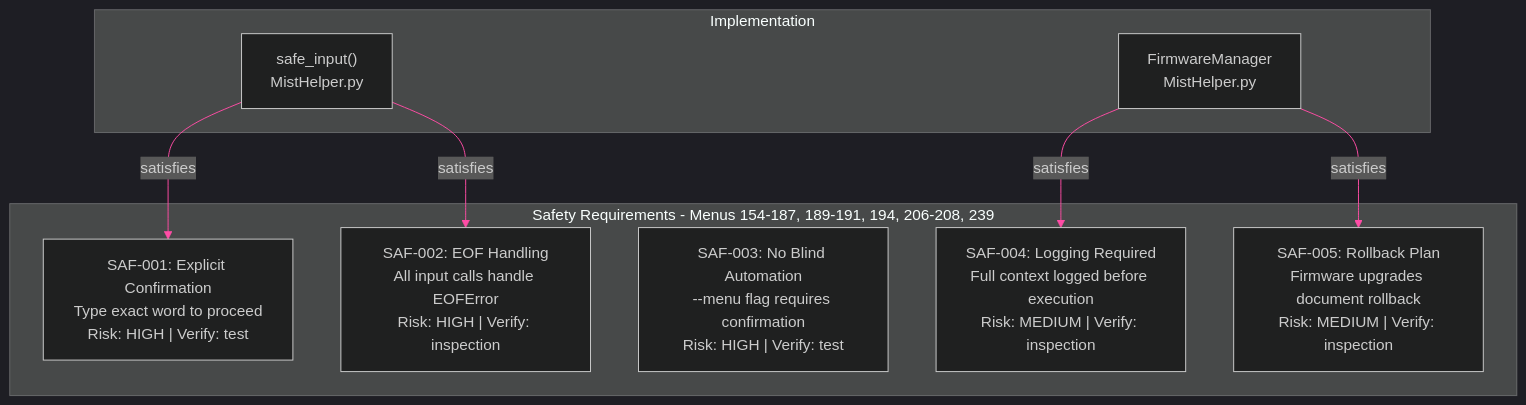
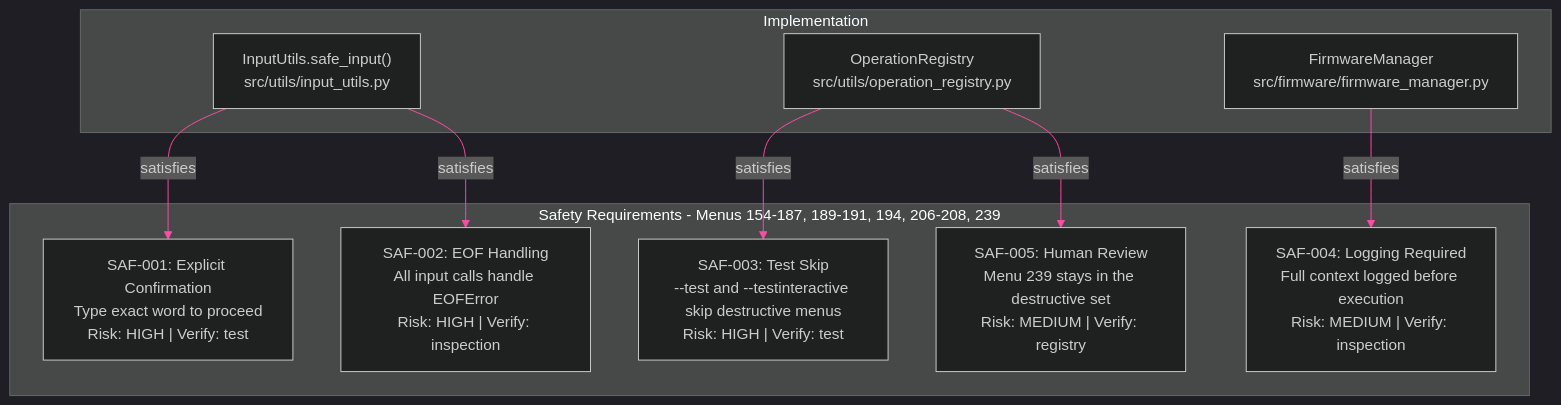
One commit to jmorrison-juniper/MistHelper changed the third of 3 diagrams in documentation/diagrams/operations/operations-reference.md. Above: the diagram before and after it, drawn with Mermaid. The commit also changed other lines of this file and 110 other files, not shown here.

````diff
--- a/documentation/diagrams/operations/operations-reference.md
+++ b/documentation/diagrams/operations/operations-reference.md
@@ -96,29 +96,31 @@
 ```mermaid
 %%{init: {'theme': 'dark', 'themeVariables': {
   'primaryColor': '#E20074',
   'primaryTextColor': '#E0E0E0',
   'primaryBorderColor': '#99004D',
   'lineColor': '#FF4DA6',
   'secondaryColor': '#16213E',
   'tertiaryColor': '#1A1A2E',
   'fontFamily': 'ui-monospace, monospace'
 }}}%%
 flowchart TB
     subgraph requirements["Safety Requirements - Menus 154-187, 189-191, 194, 206-208, 239"]
         SAF001["SAF-001: Explicit Confirmation<br/>Type exact word to proceed<br/>Risk: HIGH | Verify: test"]
         SAF002["SAF-002: EOF Handling<br/>All input calls handle EOFError<br/>Risk: HIGH | Verify: inspection"]
-        SAF003["SAF-003: No Blind Automation<br/>--menu flag requires confirmation<br/>Risk: HIGH | Verify: test"]
+        SAF003["SAF-003: Test Skip<br/>--test and --testinteractive skip destructive menus<br/>Risk: HIGH | Verify: test"]
         SAF004["SAF-004: Logging Required<br/>Full context logged before execution<br/>Risk: MEDIUM | Verify: inspection"]
-        SAF005["SAF-005: Rollback Plan<br/>Firmware upgrades document rollback<br/>Risk: MEDIUM | Verify: inspection"]
+        SAF005["SAF-005: Human Review<br/>Menu 239 stays in the destructive set<br/>Risk: MEDIUM | Verify: registry"]
     end
 
     subgraph impl["Implementation"]
-        si["safe_input()<br/>MistHelper.py"]
-        fm["FirmwareManager<br/>MistHelper.py"]
+        si["InputUtils.safe_input()<br/>src/utils/input_utils.py"]
+        registry["OperationRegistry<br/>src/utils/operation_registry.py"]
+        fm["FirmwareManager<br/>src/firmware/firmware_manager.py"]
     end
 
     si -->|satisfies| SAF001
     si -->|satisfies| SAF002
+    registry -->|satisfies| SAF003
+    registry -->|satisfies| SAF005
     fm -->|satisfies| SAF004
-    fm -->|satisfies| SAF005
 ```
````
